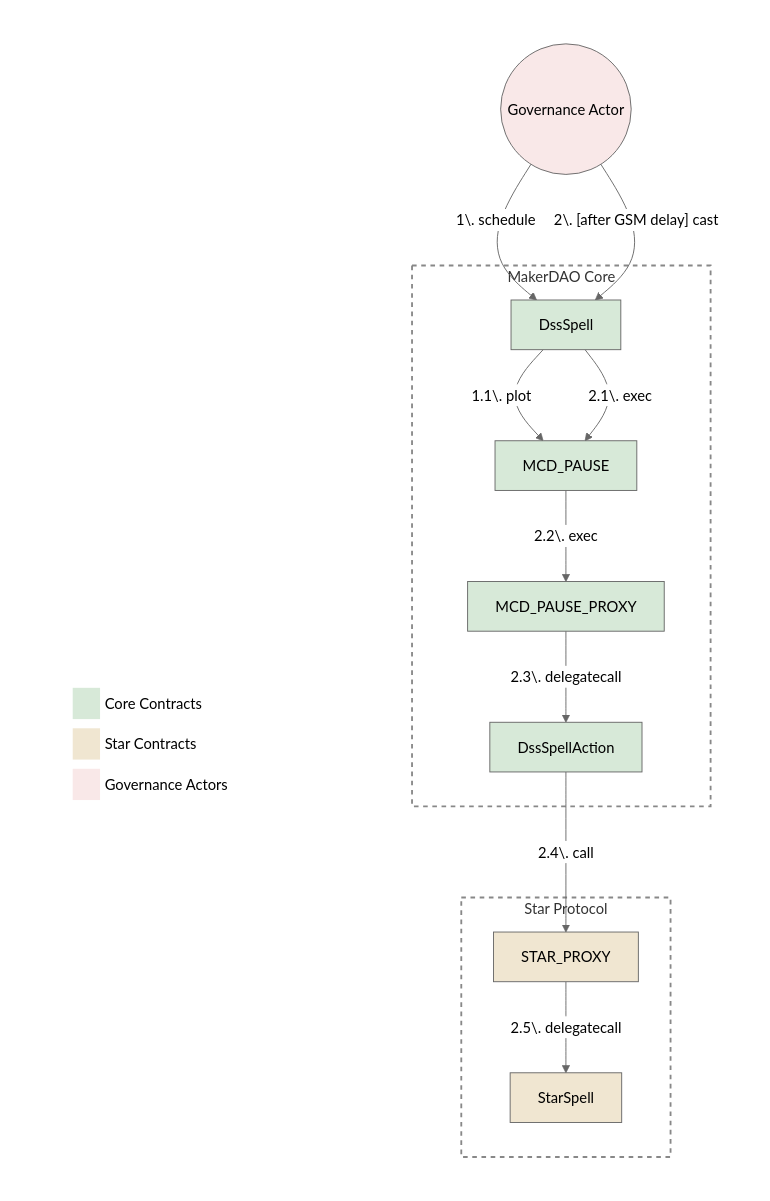
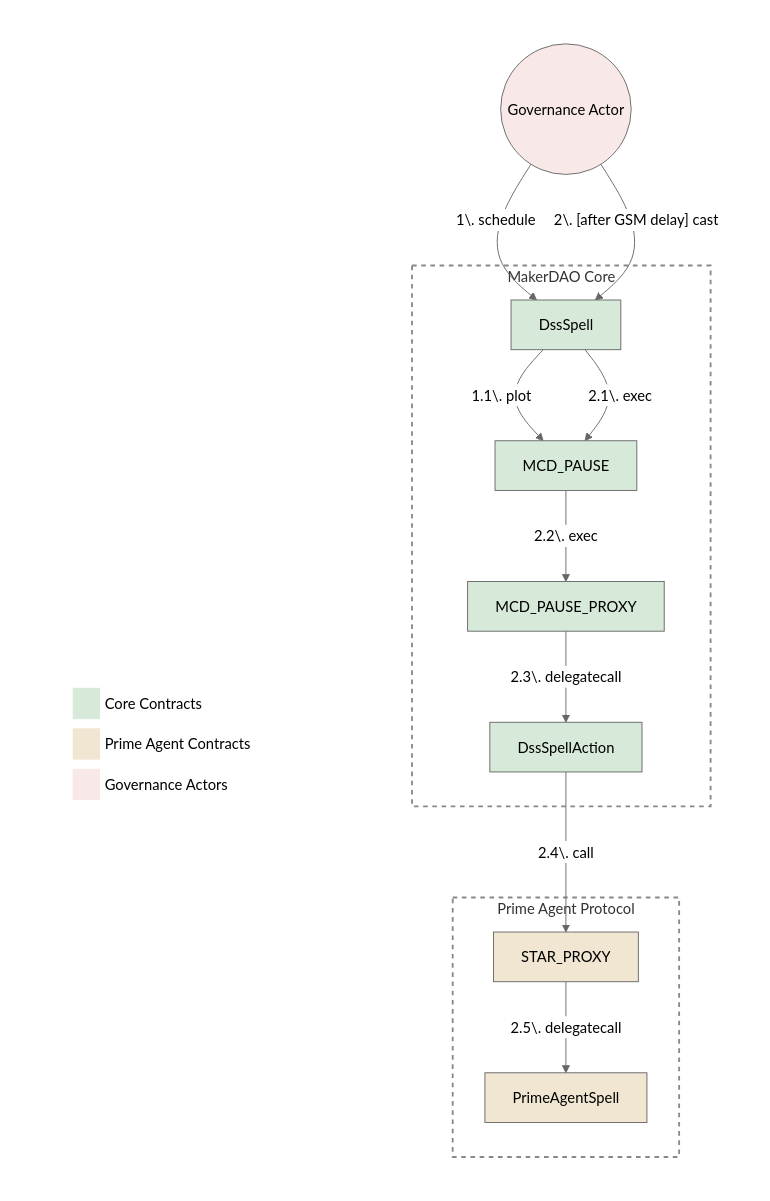
One commit to sky-ecosystem/pe-checklists changed the second of 2 diagrams in spell/star-spell-reviewer-checklist.md. Above: the diagram before and after it, drawn with Mermaid (neutral theme). The commit also changed other lines of this file and 2 other files, not shown here.

````diff
--- a/spell/star-spell-reviewer-checklist.md
+++ b/spell/star-spell-reviewer-checklist.md
@@ -44,65 +44,65 @@
 ```mermaid
 graph TB
     %% Style Definitions
     classDef core fill:#d7e9d8,stroke:#666,stroke-width:1px
     classDef star fill:#f0e6d1,stroke:#666,stroke-width:1px
     classDef governance fill:#f9e8e8,stroke:#666,stroke-width:1px
     classDef transparent fill:none,stroke:none
     classDef boundary stroke:#888,stroke-width:2px,stroke-dasharray: 5 5,fill:none
 
     subgraph MainDiagram [ ]
 		direction TB
         %% Components
         Governance((Governance Actor))
 
         subgraph CoreCode ["MakerDAO Core"]
             DssSpell[DssSpell]
             DssSpellAction[DssSpellAction]
             MCD_PAUSE[MCD_PAUSE]
             MCD_PAUSE_PROXY[MCD_PAUSE_PROXY]
         end
 
-        subgraph StarCode ["Star Protocol"]
+        subgraph StarCode ["Prime Agent Protocol"]
             STAR_PROXY[STAR_PROXY]
-            StarSpell[StarSpell]
+            PrimeAgentSpell[PrimeAgentSpell]
         end
 
         %% Execution Flow with multi-level numbered steps
         Governance -->|1\. schedule| DssSpell
         DssSpell -->|1.1\. plot | MCD_PAUSE
         Governance -->|"2\. [after GSM delay] cast"| DssSpell
         DssSpell -->|2.1\. exec| MCD_PAUSE
         MCD_PAUSE -->|2.2\. exec| MCD_PAUSE_PROXY
         MCD_PAUSE_PROXY -->|2.3\. delegatecall| DssSpellAction
         DssSpellAction -->|2.4\. call| STAR_PROXY
-        STAR_PROXY -->|2.5\. delegatecall| StarSpell
+        STAR_PROXY -->|2.5\. delegatecall| PrimeAgentSpell
     end
 
     %% Legend as a single node with HTML table - one item per row - no borders
     subgraph Legend [ ]
         LegendTable["<table border='0' cellspacing='1' cellpadding='5' style='background:transparent; border-color:transparent; border-collapse: separate; border-spacing: 0 10px; min-width: 230px'>
             <tr style='background:transparent;'>
                 <td width='20' height='20' bgcolor='#d7e9d8' style='border:none;'></td>
                 <td align='left' style='background:transparent; border:none;'>Core Contracts</td>
             </tr>
             <tr style='background:transparent;'>
                 <td width='20' height='20' bgcolor='#f0e6d1' style='border:none;'></td>
-                <td align='left' style='background:transparent; border:none;'>Star Contracts</td>
+                <td align='left' style='background:transparent; border:none;'>Prime Agent Contracts</td>
             </tr>
             <tr style='background:transparent;'>
                 <td width='20' height='20' bgcolor='#f9e8e8' style='border:none;'></td>
                 <td align='left' style='background:transparent; border:none;'>Governance Actors</td>
             </tr>
         </table>"]
     end
     class Legend transparent
     style LegendTable fill:none,stroke:none,border:none
 
     %% Apply Styles
     class DssSpell,DssSpellAction core
     class MCD_PAUSE,MCD_PAUSE_PROXY core
     class Governance governance
-    class STAR_PROXY,StarSpell star
+    class STAR_PROXY,PrimeAgentSpell star
     class MainDiagram transparent
     class CoreCode,StarCode boundary
 ```
````
